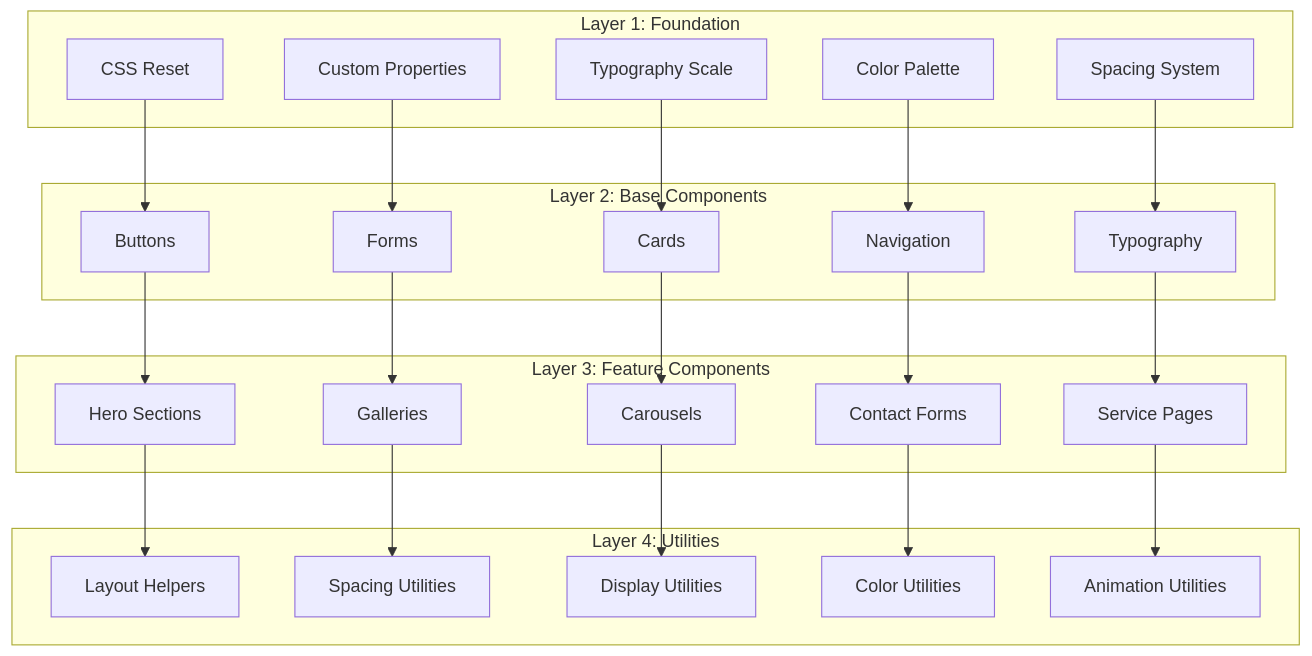
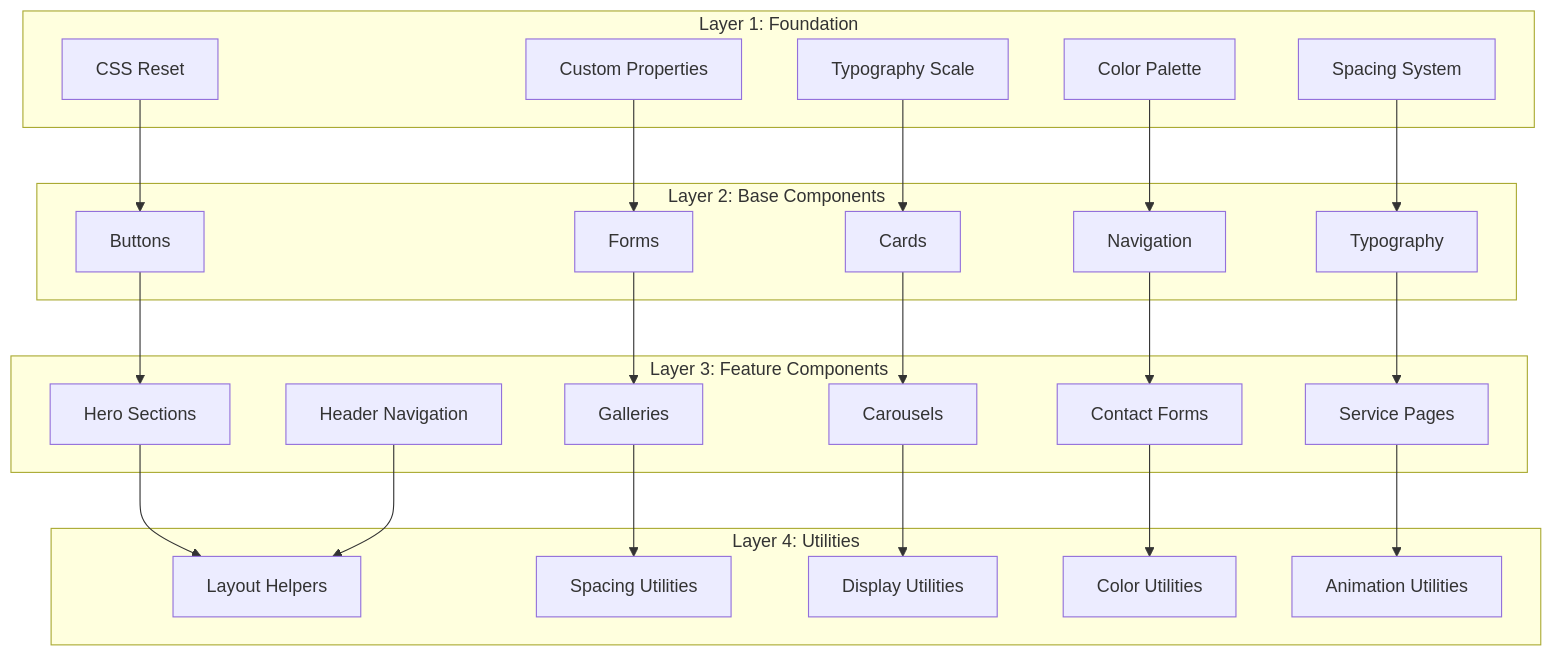
One commit to Theja4/podiummomentum changed the ninth of 10 diagrams in .qoder/repowiki/en/content/Styling and Design System/Component Styling Patterns/Component Styling Patterns.md. Above: the diagram before and after it, drawn with Mermaid. The commit also changed other lines of this file and 24 other files, not shown here.

````diff
--- a/.qoder/repowiki/en/content/Styling and Design System/Component Styling Patterns/Component Styling Patterns.md
+++ b/.qoder/repowiki/en/content/Styling and Design System/Component Styling Patterns/Component Styling Patterns.md
@@ -388,46 +506,48 @@
 ```mermaid
 graph TB
 subgraph "Layer 1: Foundation"
 A1[CSS Reset]
 A2[Custom Properties]
 A3[Typography Scale]
 A4[Color Palette]
 A5[Spacing System]
 end
 subgraph "Layer 2: Base Components"
 B1[Buttons]
 B2[Forms]
 B3[Cards]
 B4[Navigation]
 B5[Typography]
 end
 subgraph "Layer 3: Feature Components"
 C1[Hero Sections]
 C2[Galleries]
 C3[Carousels]
 C4[Contact Forms]
 C5[Service Pages]
+C6[Header Navigation]
 end
 subgraph "Layer 4: Utilities"
 D1[Layout Helpers]
 D2[Spacing Utilities]
 D3[Display Utilities]
 D4[Color Utilities]
 D5[Animation Utilities]
 end
 A1 --> B1
 A2 --> B2
 A3 --> B3
 A4 --> B4
 A5 --> B5
 B1 --> C1
 B2 --> C2
 B3 --> C3
 B4 --> C4
 B5 --> C5
 C1 --> D1
 C2 --> D2
 C3 --> D3
 C4 --> D4
 C5 --> D5
+C6 --> D1
 ```
````
